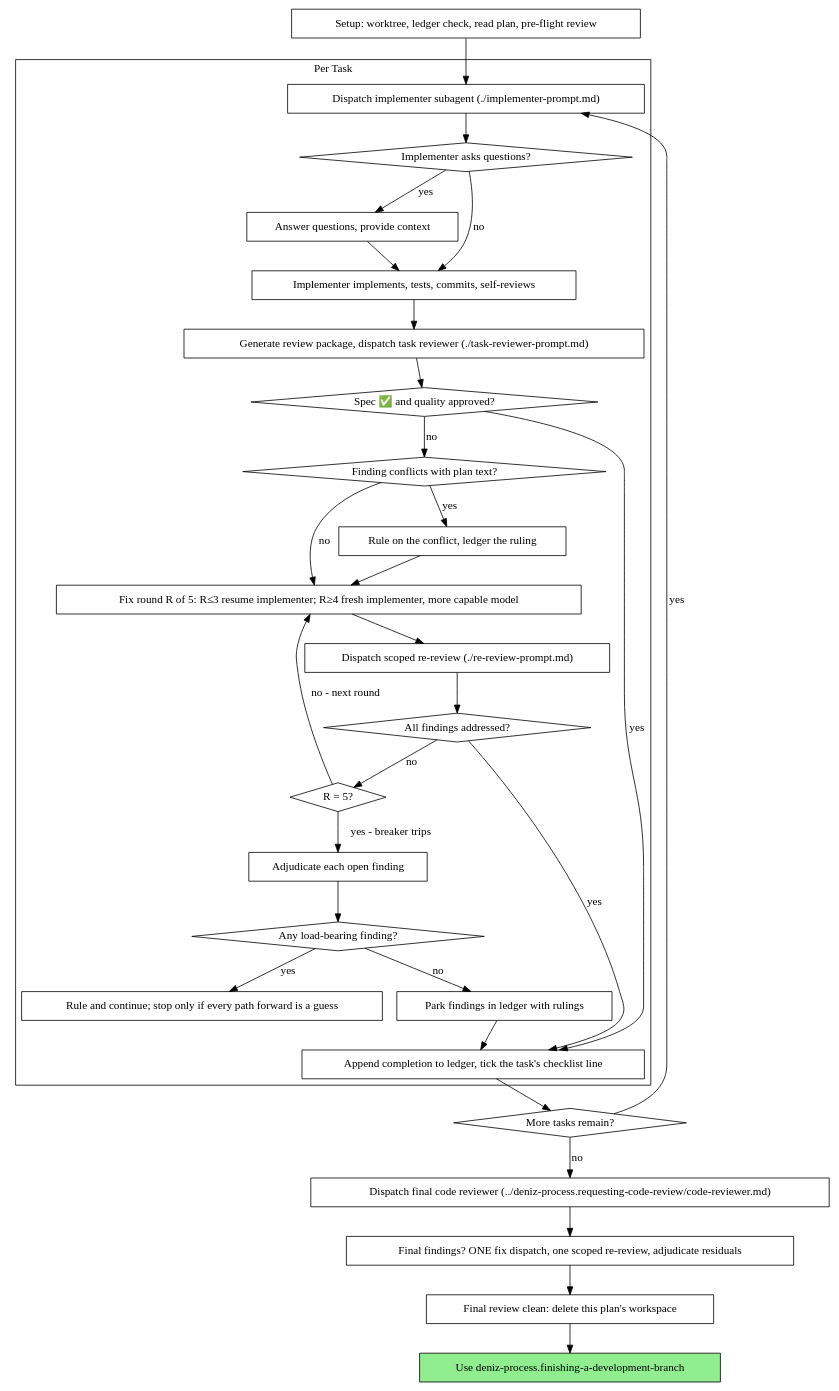
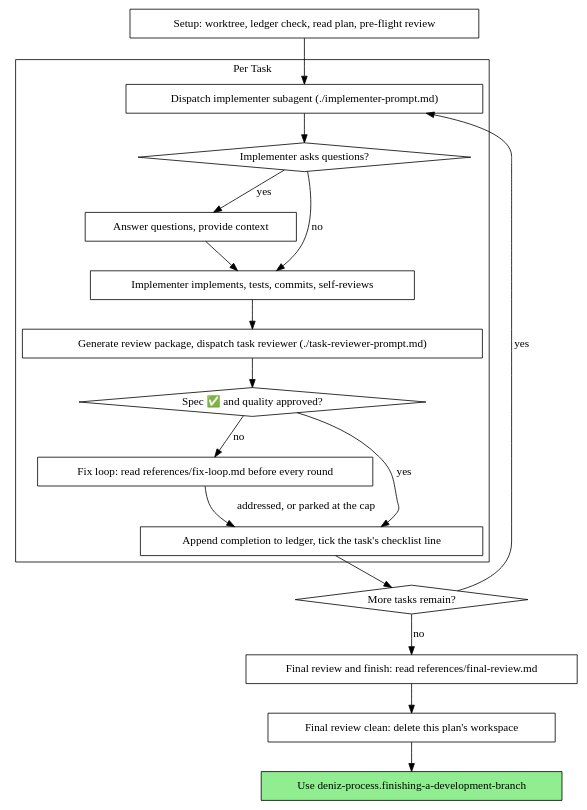
The second of 2 diagrams in opencode/deniz-process/skills/deniz-process.subagent-driven-development/SKILL.md (Blind-Striker/agent-skills-and-plugins), drawn with Graphviz before and after one commit. The commit also changed other lines of this file and 173 other files, not shown here.

````diff
--- a/opencode/deniz-process/skills/deniz-process.subagent-driven-development/SKILL.md
+++ b/opencode/deniz-process/skills/deniz-process.subagent-driven-development/SKILL.md
@@ -89,62 +82,39 @@
 ```dot
 digraph process {
     rankdir=TB;
 
     subgraph cluster_per_task {
         label="Per Task";
         "Dispatch implementer subagent (./implementer-prompt.md)" [shape=box];
         "Implementer asks questions?" [shape=diamond];
         "Answer questions, provide context" [shape=box];
         "Implementer implements, tests, commits, self-reviews" [shape=box];
         "Generate review package, dispatch task reviewer (./task-reviewer-prompt.md)" [shape=box];
         "Spec ✅ and quality approved?" [shape=diamond];
-        "Finding conflicts with plan text?" [shape=diamond];
-        "Rule on the conflict, ledger the ruling" [shape=box];
-        "Fix round R of 5: R≤3 resume implementer; R≥4 fresh implementer, more capable model" [shape=box];
-        "Dispatch scoped re-review (./re-review-prompt.md)" [shape=box];
-        "All findings addressed?" [shape=diamond];
-        "R = 5?" [shape=diamond];
-        "Adjudicate each open finding" [shape=box];
-        "Any load-bearing finding?" [shape=diamond];
-        "Rule and continue; stop only if every path forward is a guess" [shape=box];
-        "Park findings in ledger with rulings" [shape=box];
+        "Fix loop: read references/fix-loop.md before every round" [shape=box];
         "Append completion to ledger, tick the task's checklist line" [shape=box];
     }
 
     "Setup: worktree, ledger check, read plan, pre-flight review" [shape=box];
     "More tasks remain?" [shape=diamond];
-    "Dispatch final code reviewer (../deniz-process.requesting-code-review/code-reviewer.md)" [shape=box];
-    "Final findings? ONE fix dispatch, one scoped re-review, adjudicate residuals" [shape=box];
+    "Final review and finish: read references/final-review.md" [shape=box];
     "Final review clean: delete this plan's workspace" [shape=box];
     "Use deniz-process.finishing-a-development-branch" [shape=box style=filled fillcolor=lightgreen];
 
     "Setup: worktree, ledger check, read plan, pre-flight review" -> "Dispatch implementer subagent (./implementer-prompt.md)";
     "Dispatch implementer subagent (./implementer-prompt.md)" -> "Implementer asks questions?";
     "Implementer asks questions?" -> "Answer questions, provide context" [label="yes"];
     "Answer questions, provide context" -> "Implementer implements, tests, commits, self-reviews";
     "Implementer asks questions?" -> "Implementer implements, tests, commits, self-reviews" [label="no"];
     "Implementer implements, tests, commits, self-reviews" -> "Generate review package, dispatch task reviewer (./task-reviewer-prompt.md)";
     "Generate review package, dispatch task reviewer (./task-reviewer-prompt.md)" -> "Spec ✅ and quality approved?";
     "Spec ✅ and quality approved?" -> "Append completion to ledger, tick the task's checklist line" [label="yes"];
-    "Spec ✅ and quality approved?" -> "Finding conflicts with plan text?" [label="no"];
-    "Finding conflicts with plan text?" -> "Rule on the conflict, ledger the ruling" [label="yes"];
-    "Rule on the conflict, ledger the ruling" -> "Fix round R of 5: R≤3 resume implementer; R≥4 fresh implementer, more capable model";
-    "Finding conflicts with plan text?" -> "Fix round R of 5: R≤3 resume implementer; R≥4 fresh implementer, more capable model" [label="no"];
-    "Fix round R of 5: R≤3 resume implementer; R≥4 fresh implementer, more capable model" -> "Dispatch scoped re-review (./re-review-prompt.md)";
-    "Dispatch scoped re-review (./re-review-prompt.md)" -> "All findings addressed?";
-    "All findings addressed?" -> "Append completion to ledger, tick the task's checklist line" [label="yes"];
-    "All findings addressed?" -> "R = 5?" [label="no"];
-    "R = 5?" -> "Fix round R of 5: R≤3 resume implementer; R≥4 fresh implementer, more capable model" [label="no - next round"];
-    "R = 5?" -> "Adjudicate each open finding" [label="yes - breaker trips"];
-    "Adjudicate each open finding" -> "Any load-bearing finding?";
-    "Any load-bearing finding?" -> "Rule and continue; stop only if every path forward is a guess" [label="yes"];
-    "Any load-bearing finding?" -> "Park findings in ledger with rulings" [label="no"];
-    "Park findings in ledger with rulings" -> "Append completion to ledger, tick the task's checklist line";
+    "Spec ✅ and quality approved?" -> "Fix loop: read references/fix-loop.md before every round" [label="no"];
+    "Fix loop: read references/fix-loop.md before every round" -> "Append completion to ledger, tick the task's checklist line" [label="addressed, or parked at the cap"];
     "Append completion to ledger, tick the task's checklist line" -> "More tasks remain?";
     "More tasks remain?" -> "Dispatch implementer subagent (./implementer-prompt.md)" [label="yes"];
-    "More tasks remain?" -> "Dispatch final code reviewer (../deniz-process.requesting-code-review/code-reviewer.md)" [label="no"];
-    "Dispatch final code reviewer (../deniz-process.requesting-code-review/code-reviewer.md)" -> "Final findings? ONE fix dispatch, one scoped re-review, adjudicate residuals";
-    "Final findings? ONE fix dispatch, one scoped re-review, adjudicate residuals" -> "Final review clean: delete this plan's workspace";
+    "More tasks remain?" -> "Final review and finish: read references/final-review.md" [label="no"];
+    "Final review and finish: read references/final-review.md" -> "Final review clean: delete this plan's workspace";
     "Final review clean: delete this plan's workspace" -> "Use deniz-process.finishing-a-development-branch";
 }
 ```
````
